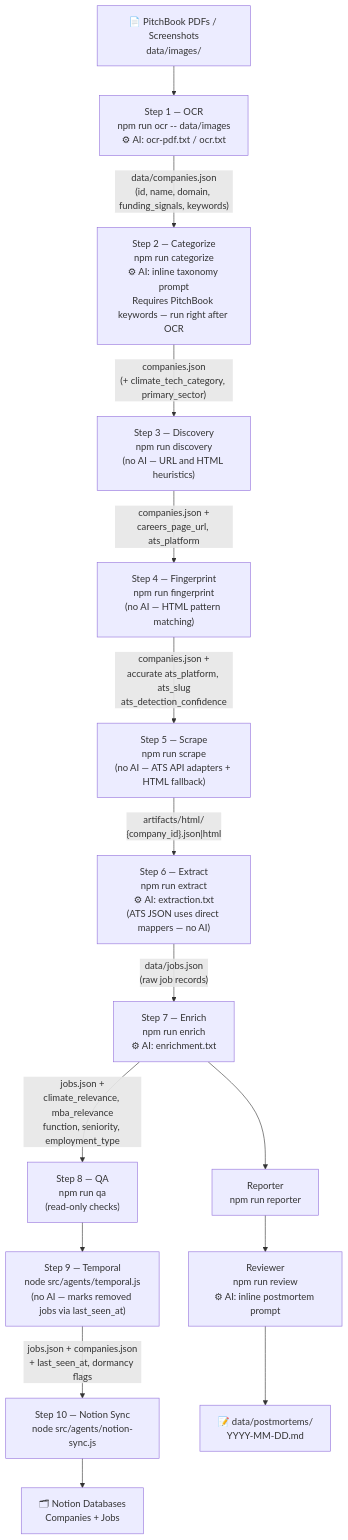
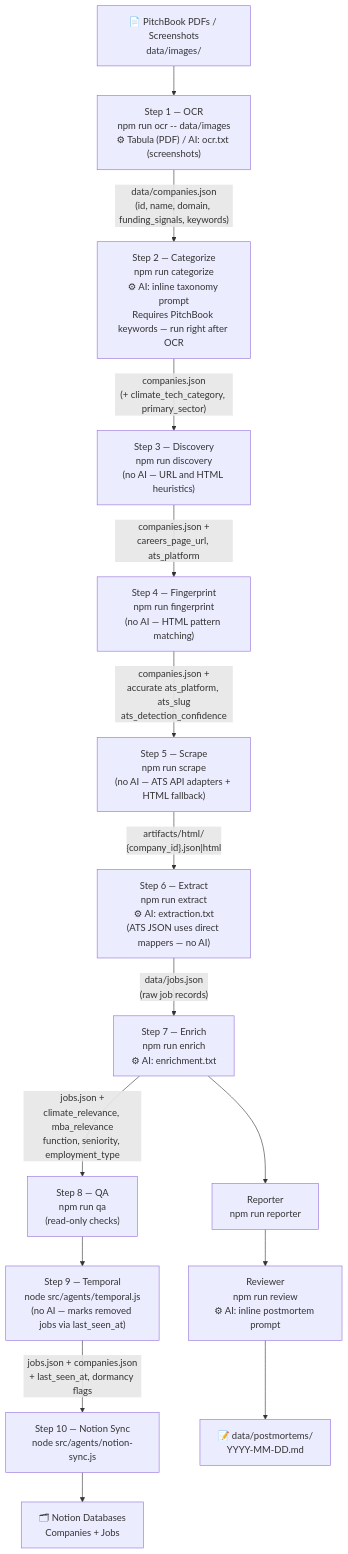
Before and after one commit to walshkang/csb-job-board: the first of 2 diagrams in README.md, drawn with Mermaid. The commit also changed other lines of this file and 3 other files, not shown here.

First line of the commit message:
fix(ocr): switch Tabula to stream mode, detect header by row index; update docs

````diff
--- a/README.md
+++ b/README.md
@@ -219,39 +219,39 @@
 ```mermaid
 flowchart TD
     SRC["📄 PitchBook PDFs / Screenshots\ndata/images/"]
 
-    SRC --> S1["Step 1 — OCR\nnpm run ocr -- data/images\n⚙ AI: ocr-pdf.txt / ocr.txt"]
+    SRC --> S1["Step 1 — OCR\nnpm run ocr -- data/images\n⚙ Tabula (PDF) / AI: ocr.txt (screenshots)"]
     S1 -->|"data/companies.json\n(id, name, domain, funding_signals, keywords)"| S2
 
     S2["Step 2 — Categorize\nnpm run categorize\n⚙ AI: inline taxonomy prompt\nRequires PitchBook keywords — run right after OCR"]
     S2 -->|"companies.json\n(+ climate_tech_category, primary_sector)"| S3
 
     S3["Step 3 — Discovery\nnpm run discovery\n(no AI — URL and HTML heuristics)"]
     S3 -->|"companies.json +\ncareers_page_url, ats_platform"| S4
 
     S4["Step 4 — Fingerprint\nnpm run fingerprint\n(no AI — HTML pattern matching)"]
     S4 -->|"companies.json +\naccurate ats_platform, ats_slug\nats_detection_confidence"| S5
 
     S5["Step 5 — Scrape\nnpm run scrape\n(no AI — ATS API adapters + HTML fallback)"]
     S5 -->|"artifacts/html/\n{company_id}.json|html"| S6
 
     S6["Step 6 — Extract\nnpm run extract\n⚙ AI: extraction.txt\n(ATS JSON uses direct mappers — no AI)"]
     S6 -->|"data/jobs.json\n(raw job records)"| S7
 
     S7["Step 7 — Enrich\nnpm run enrich\n⚙ AI: enrichment.txt"]
     S7 -->|"jobs.json +\nclimate_relevance, mba_relevance\nfunction, seniority, employment_type"| S8
 
     S8["Step 8 — QA\nnpm run qa\n(read-only checks)"]
     S8 --> S9
 
     S9["Step 9 — Temporal\nnode src/agents/temporal.js\n(no AI — marks removed jobs via last_seen_at)"]
     S9 -->|"jobs.json + companies.json\n+ last_seen_at, dormancy flags"| S10
 
     S10["Step 10 — Notion Sync\nnode src/agents/notion-sync.js"]
     S10 --> NOTION["🗂 Notion Databases\nCompanies + Jobs"]
 
     S7 --> OBS1
     OBS1["Reporter\nnpm run reporter"]
     OBS1 --> OBS2["Reviewer\nnpm run review\n⚙ AI: inline postmortem prompt"]
     OBS2 --> PM["📝 data/postmortems/\nYYYY-MM-DD.md"]
 ```
````
